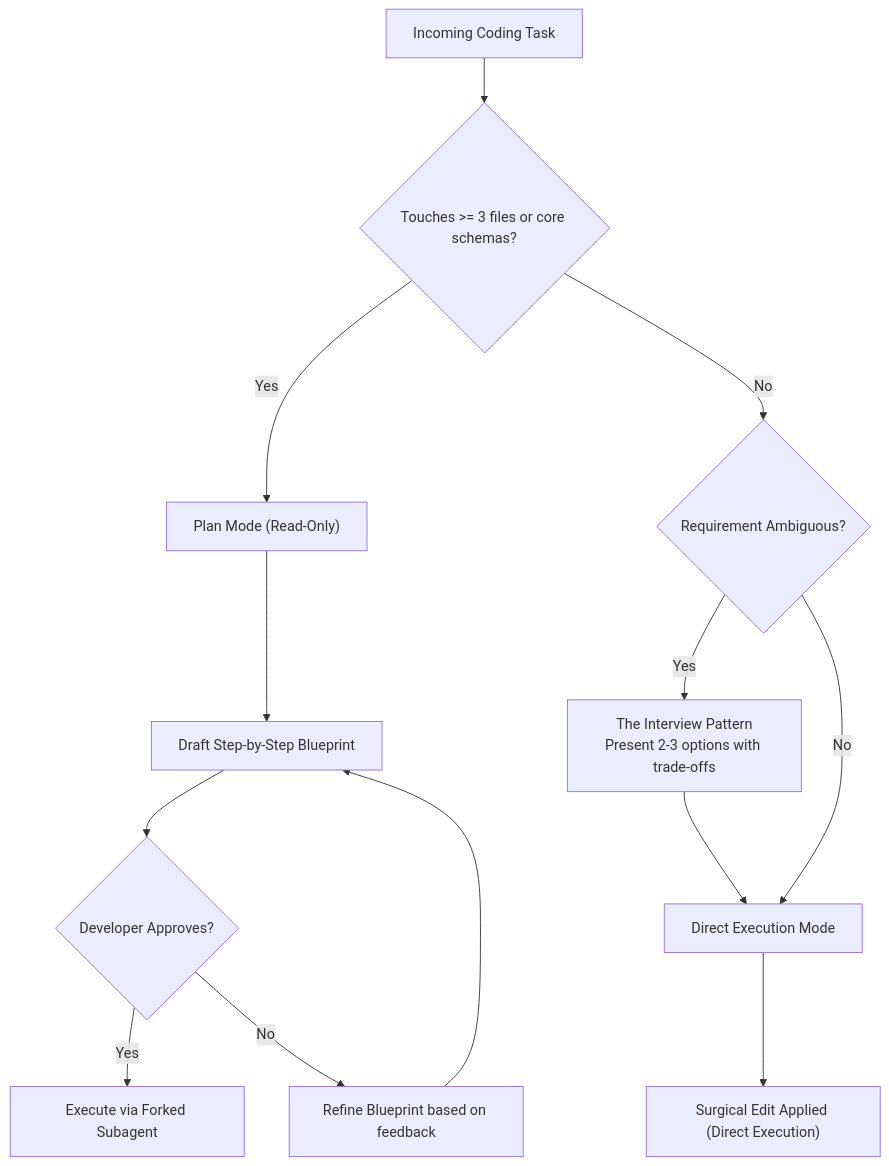
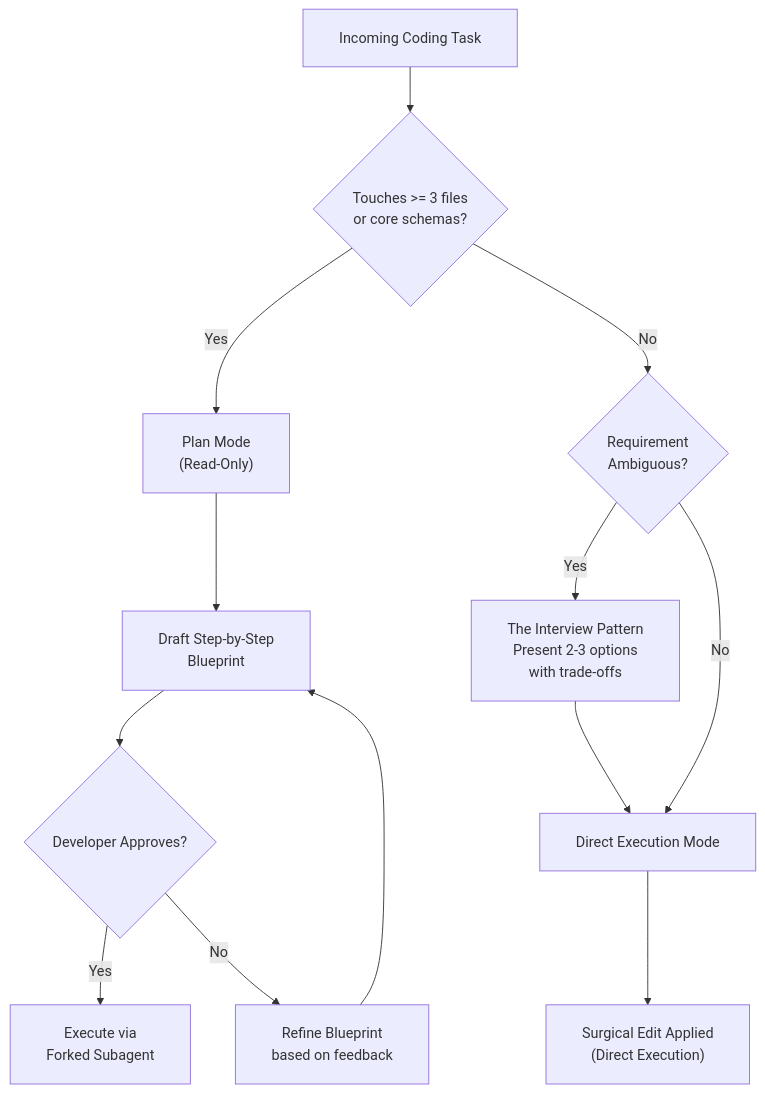
The first of 6 diagrams in scenarios/MASTER_SCENARIO_PRACTICE.md (dip4k/claude_cert_architect_foundation_prep), drawn with Mermaid before and after one commit. The commit also changed other lines of this file and 31 other files, not shown here.

First line of the commit message:
docs(diagrams): fix text trimming, padding, and layout in all mermaid diagrams

````diff
--- a/scenarios/MASTER_SCENARIO_PRACTICE.md
+++ b/scenarios/MASTER_SCENARIO_PRACTICE.md
@@ -39,17 +39,18 @@
 ```mermaid
+%%{init: {"flowchart": {"htmlLabels": true, "padding": 20}}}%%
 flowchart TD
-    TaskStart["Incoming Coding Task"] --> ScopeCheck{"Touches >= 3 files or core schemas?"}
+    TaskStart["Incoming Coding Task"] --> ScopeCheck{"Touches >= 3 files<br/>or core schemas?"}
     
-    ScopeCheck -- "Yes" --> PlanMode["Plan Mode (Read-Only)"]
-    PlanMode --> DraftBlueprint["Draft Step-by-Step Blueprint"]
+    ScopeCheck -- "Yes" --> PlanMode["Plan Mode<br/>(Read-Only)"]
+    PlanMode --> DraftBlueprint["Draft Step-by-Step<br/>Blueprint"]
     DraftBlueprint --> UserApproval{"Developer Approves?"}
-    UserApproval -- "Yes" --> ExecuteForked["Execute via Forked Subagent"]
-    UserApproval -- "No" --> RefineBlueprint["Refine Blueprint based on feedback"]
+    UserApproval -- "Yes" --> ExecuteForked["Execute via<br/>Forked Subagent"]
+    UserApproval -- "No" --> RefineBlueprint["Refine Blueprint<br/>based on feedback"]
     RefineBlueprint --> DraftBlueprint
     
-    ScopeCheck -- "No" --> AmbiguityCheck{"Requirement Ambiguous?"}
-    AmbiguityCheck -- "Yes" --> InterviewPattern["The Interview Pattern<br/>Present 2-3 options with trade-offs"]
+    ScopeCheck -- "No" --> AmbiguityCheck{"Requirement<br/>Ambiguous?"}
+    AmbiguityCheck -- "Yes" --> InterviewPattern["The Interview Pattern<br/>Present 2-3 options<br/>with trade-offs"]
     InterviewPattern --> DirectMode["Direct Execution Mode"]
     AmbiguityCheck -- "No" --> DirectMode
-    DirectMode --> SurgicalEdit["Surgical Edit Applied (Direct Execution)"]
+    DirectMode --> SurgicalEdit["Surgical Edit Applied<br/>(Direct Execution)"]
 ```
````
